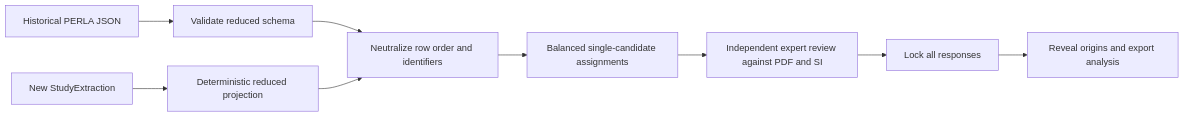
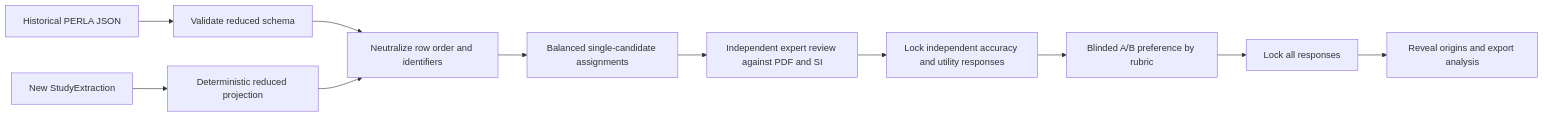
The diagram in docs/workflows/expert-comparison.md (lamalab-org/perla-extract), drawn with Mermaid before and after one commit. The commit also changed other lines of this file and 16 other files, not shown here.

Commit message:
Add rubric-based blinded extractor comparison

````diff
--- a/docs/workflows/expert-comparison.md
+++ b/docs/workflows/expert-comparison.md
@@ -14,11 +14,13 @@
 ```mermaid
 flowchart LR
     O[Historical PERLA JSON] --> N[Validate reduced schema]
     X[New StudyExtraction] --> P[Deterministic reduced projection]
     N --> B[Neutralize row order and identifiers]
     P --> B
     B --> A[Balanced single-candidate assignments]
     A --> R[Independent expert review against PDF and SI]
-    R --> F[Lock all responses]
+    R --> I[Lock independent accuracy and utility responses]
+    I --> Q[Blinded A/B preference by rubric]
+    Q --> F[Lock all responses]
     F --> U[Reveal origins and export analysis]
 ```
````
